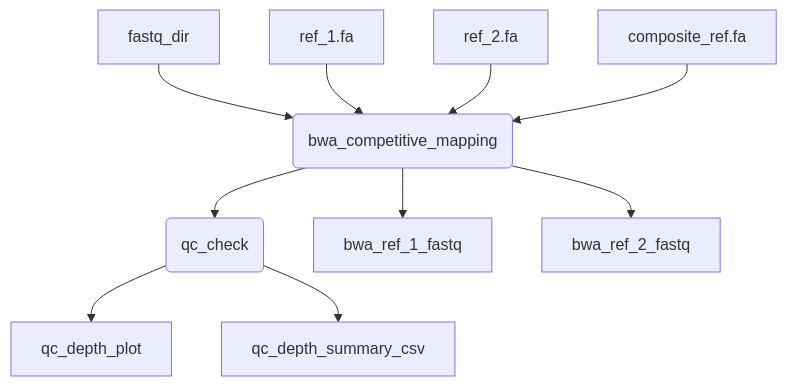
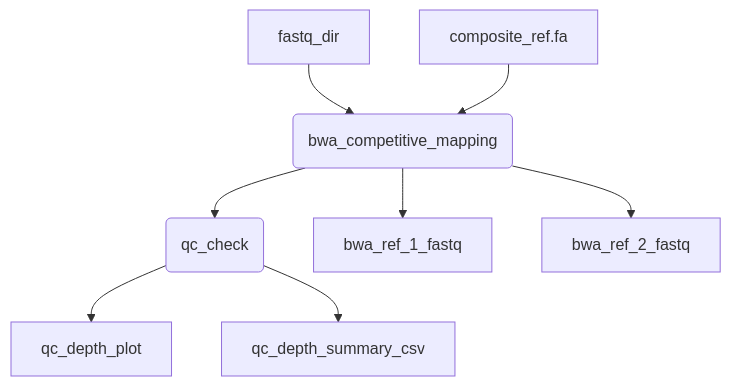
One commit to BCCDC-PHL/determinator changed the first of 2 diagrams in README.md. Above: the diagram before and after it, drawn with Mermaid.

````diff
--- a/README.md
+++ b/README.md
@@ -5,19 +5,15 @@
 ```mermaid
 
 graph TD
-  ref1_bwa[ref_1.fa]
-  ref2_bwa[ref_2.fa]
   composite_ref[composite_ref.fa]
 
   fastq[fastq_dir]
   fastq --> bwa_competitive_mapping(bwa_competitive_mapping)
-  ref1_bwa --> bwa_competitive_mapping
-  ref2_bwa --> bwa_competitive_mapping
   composite_ref --> bwa_competitive_mapping
   bwa_competitive_mapping --> qc_check(qc_check)
   bwa_competitive_mapping --> bwa_ref_1_fastq
   bwa_competitive_mapping --> bwa_ref_2_fastq
   qc_check --> qc_depth_plot
   qc_check --> qc_depth_summary_csv
 
 ```
````
